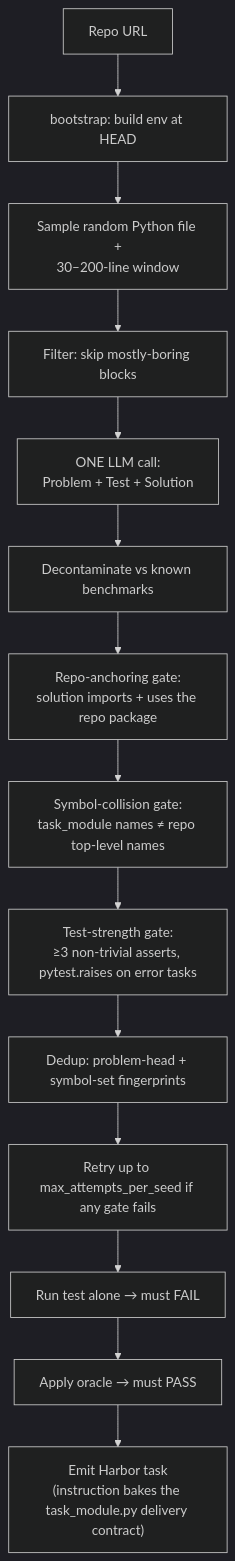
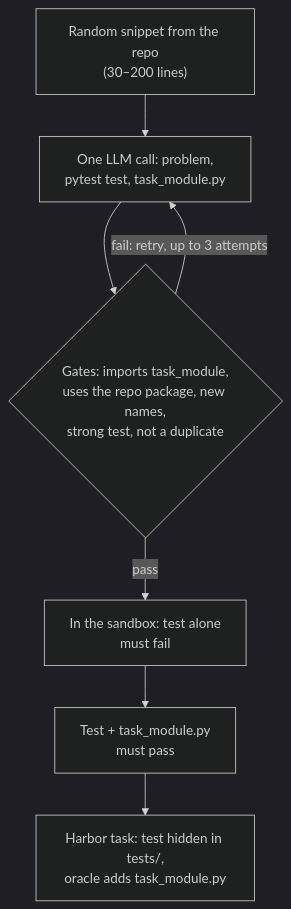
The diagram in docs/pipelines/code_instruct.md (huggingface/Repo2RLEnv), drawn with Mermaid (dark theme) before and after one commit. The commit also changed other lines of this file and 176 other files, not shown here.

````diff
--- a/docs/pipelines/code_instruct.md
+++ b/docs/pipelines/code_instruct.md
@@ -35,16 +52,9 @@
 ```mermaid
 flowchart TD
-    A[Repo URL] --> B[bootstrap: build env at HEAD]
-    B --> C[Sample random Python file +<br/>30–200-line window]
-    C --> D[Filter: skip mostly-boring blocks]
-    D --> E[ONE LLM call:<br/>Problem + Test + Solution]
-    E --> F[Decontaminate vs known benchmarks]
-    F --> G[Repo-anchoring gate:<br/>solution imports + uses the repo package]
-    G --> H[Symbol-collision gate:<br/>task_module names ≠ repo top-level names]
-    H --> I[Test-strength gate:<br/>≥3 non-trivial asserts, pytest.raises on error tasks]
-    I --> J[Dedup: problem-head + symbol-set fingerprints]
-    J --> K[Retry up to max_attempts_per_seed if any gate fails]
-    K --> L[Run test alone → must FAIL]
-    L --> M[Apply oracle → must PASS]
-    M --> N["Emit Harbor task<br/>(instruction bakes the task_module.py delivery contract)"]
+  A["Random snippet from the repo<br/>(30–200 lines)"] --> B["One LLM call: problem,<br/>pytest test, task_module.py"]
+  B --> C{"Gates: imports task_module,<br/>uses the repo package, new names,<br/>strong test, not a duplicate"}
+  C -->|"fail: retry, up to 3 attempts"| B
+  C -- pass --> D["In the sandbox: test alone<br/>must fail"]
+  D --> E["Test + task_module.py<br/>must pass"]
+  E --> F["Harbor task: test hidden in tests/,<br/>oracle adds task_module.py"]
 ```
````
